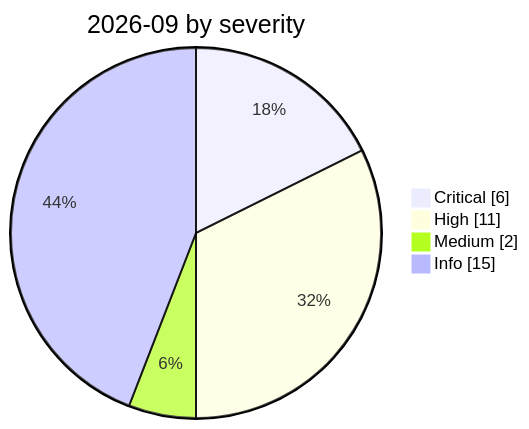
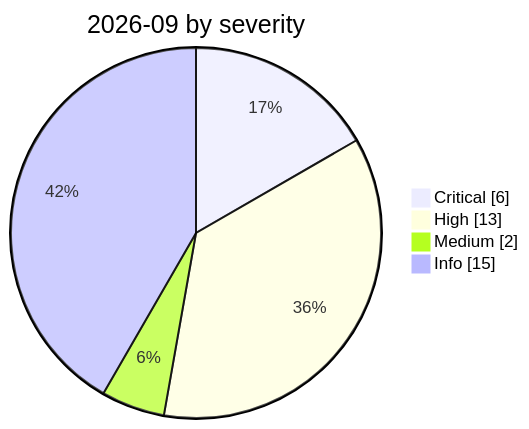
One commit to Continuum-AI-Corp/Orca-AI-Incident-Archive changed the diagram in incidents/2026-09/README.md. Above: the diagram before and after it, drawn with Mermaid. The commit also changed other lines of this file and 27 other files, not shown here.

````diff
--- a/incidents/2026-09/README.md
+++ b/incidents/2026-09/README.md
@@ -8,8 +8,8 @@
 ```mermaid
 pie showData
     title 2026-09 by severity
     "Critical" : 6
-    "High" : 11
+    "High" : 13
     "Medium" : 2
     "Info" : 15
 ```
````
